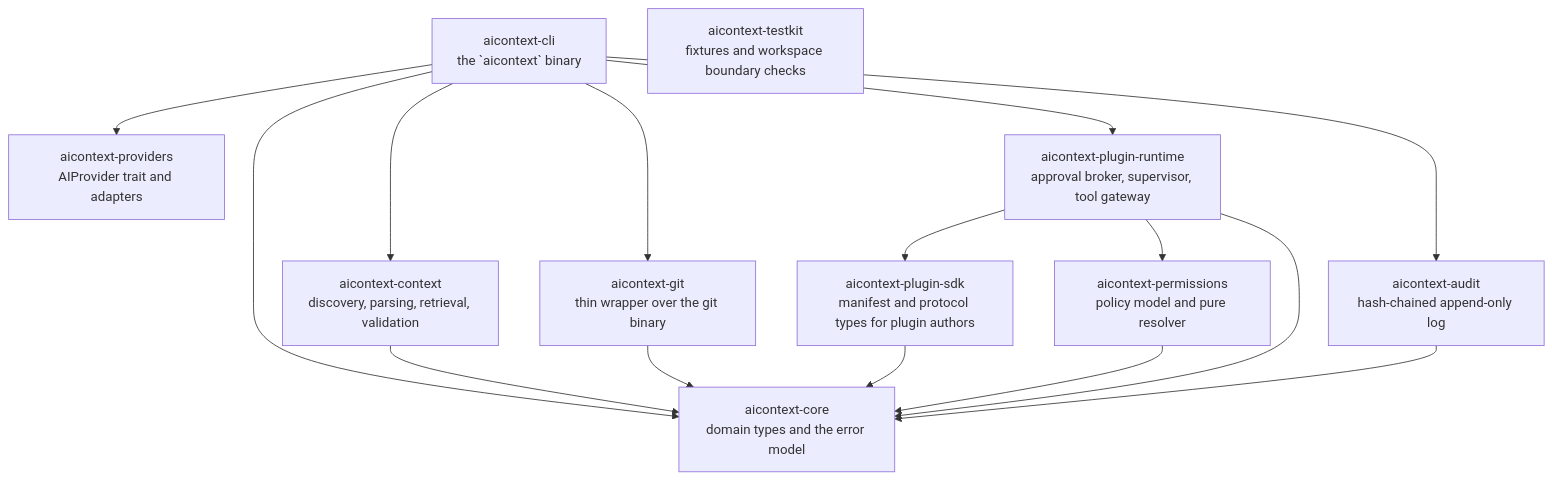
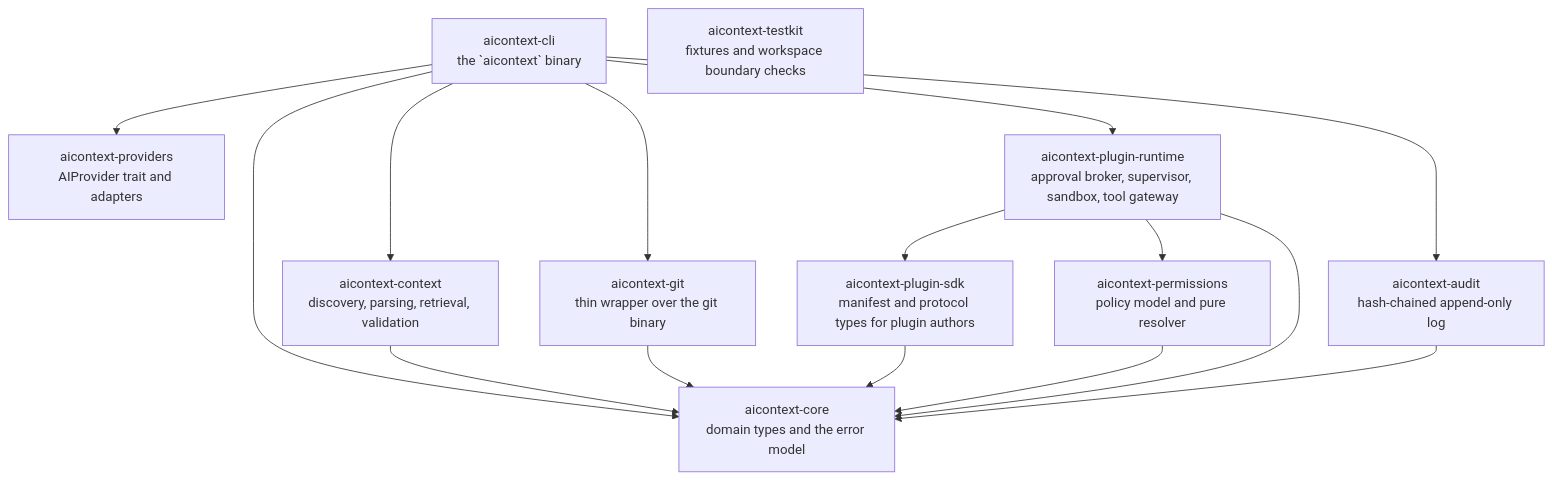
Before and after one commit to Vinit010/AI-Context-OS: the second of 2 diagrams in README.md, drawn with Mermaid. The commit also changed other lines of this file and 3 other files, not shown here.

````diff
--- a/README.md
+++ b/README.md
@@ -195,28 +195,28 @@
 ```mermaid
 flowchart TD
     CLI["aicontext-cli<br/>the `aicontext` binary"]
     CTX["aicontext-context<br/>discovery, parsing, retrieval, validation"]
     GIT["aicontext-git<br/>thin wrapper over the git binary"]
     CORE["aicontext-core<br/>domain types and the error model"]
     SDK["aicontext-plugin-sdk<br/>manifest and protocol types for plugin authors"]
     PERM["aicontext-permissions<br/>policy model and pure resolver"]
     PROV["aicontext-providers<br/>AIProvider trait and adapters"]
-    RT["aicontext-plugin-runtime<br/>approval broker, supervisor, tool gateway"]
+    RT["aicontext-plugin-runtime<br/>approval broker, supervisor, sandbox, tool gateway"]
     AUD["aicontext-audit<br/>hash-chained append-only log"]
     TK["aicontext-testkit<br/>fixtures and workspace boundary checks"]
 
     CLI --> CTX
     CLI --> GIT
     CLI --> CORE
     CLI --> PROV
     CLI --> RT
     CLI --> AUD
     CTX --> CORE
     GIT --> CORE
     SDK --> CORE
     PERM --> CORE
     RT --> CORE
     RT --> PERM
     RT --> SDK
     AUD --> CORE
 ```
````
